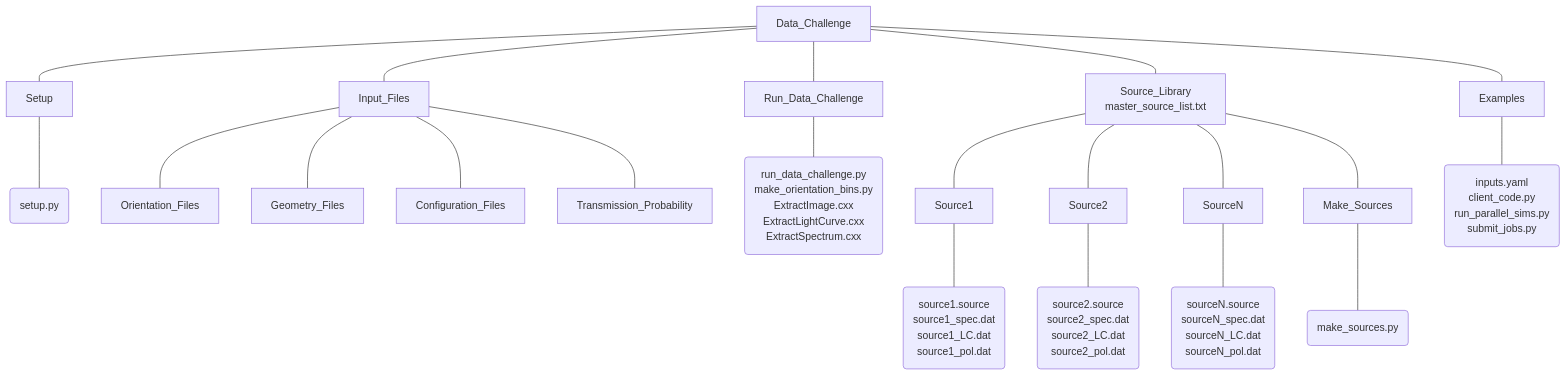
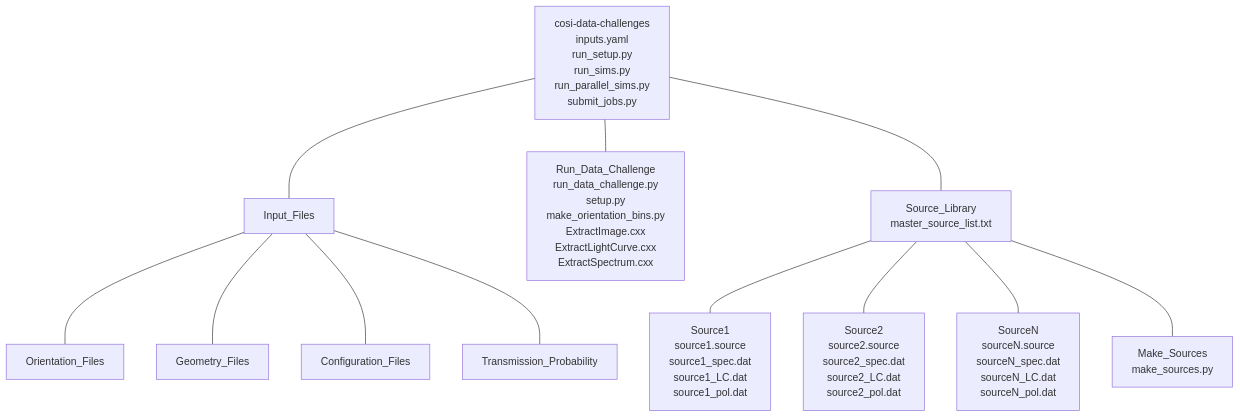
Before and after one commit to hiyoneda/cosi-data-challenges-IPMU: the diagram in README.md, drawn with Mermaid. The commit also changed other lines of this file, not shown here.

````diff
--- a/README.md
+++ b/README.md
@@ -18,20 +18,13 @@
 ```mermaid
 %%{init: {'theme':'default'}}%%
 graph TD;
-    A[Data_Challenge] --- B[Setup] & C[Input_Files] & D[Run_Data_Challenge] & E[Source_Library<br>master_source_list.txt] & F[Examples];
-    B --- Ba(setup.py);
+    A[cosi-data-challenges<br>inputs.yaml<br>run_setup.py<br>run_sims.py<br>run_parallel_sims.py<br>submit_jobs.py] --- C[Input_Files] & D[Run_Data_Challenge<br>run_data_challenge.py<br>setup.py<br>make_orientation_bins.py<br>ExtractImage.cxx<br>ExtractLightCurve.cxx<br>ExtractSpectrum.cxx] & E[Source_Library<br>master_source_list.txt];
     C --- Ca["Orientation_Files"];
     C --- Cb[Geometry_Files];
     C --- Cd[Configuration_Files];
     C --- Ce["Transmission_Probability"];
-    D --- Da(run_data_challenge.py<br>make_orientation_bins.py<br>ExtractImage.cxx<br>ExtractLightCurve.cxx<br>ExtractSpectrum.cxx);
-    E --- Ea[Source1];
-    E --- Eb[Source2];
-    E --- Ec[SourceN];
-    E --- Ed[Make_Sources];
-    Ea --- Eaa(source1.source<br>source1_spec.dat<br>source1_LC.dat<br>source1_pol.dat);
-    Eb --- Ebb(source2.source<br>source2_spec.dat<br>source2_LC.dat<br>source2_pol.dat);
-    Ec --- Ecc(sourceN.source<br>sourceN_spec.dat<br>sourceN_LC.dat<br>sourceN_pol.dat);
-    Ed --- Edd(make_sources.py);
-    F --- Fa(inputs.yaml<br>client_code.py<br>run_parallel_sims.py<br>submit_jobs.py);
+    E --- Ea[Source1<br>source1.source<br>source1_spec.dat<br>source1_LC.dat<br>source1_pol.dat];
+    E --- Eb[Source2<br>source2.source<br>source2_spec.dat<br>source2_LC.dat<br>source2_pol.dat];
+    E --- Ec[SourceN<br>sourceN.source<br>sourceN_spec.dat<br>sourceN_LC.dat<br>sourceN_pol.dat];
+    E --- Ed[Make_Sources<br>make_sources.py];
 ```
````
